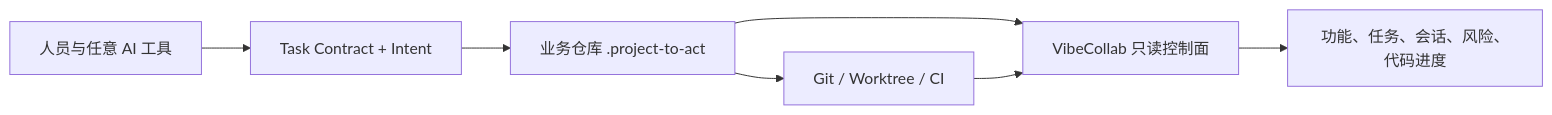
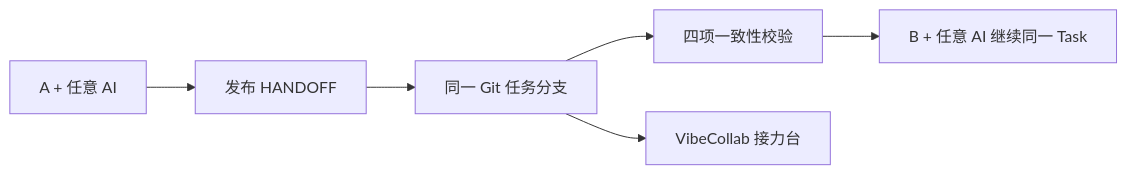
Before and after one commit to redmaplewww/vibecollab: the diagram in README.md, drawn with Mermaid. The commit also changed other lines of this file and 45 other files, not shown here.

Commit message:
feat: add verified single-task handoff

````diff
--- a/README.md
+++ b/README.md
@@ -31,9 +35,8 @@
 ```mermaid
 flowchart LR
-  H["人员与任意 AI 工具"] --> T["Task Contract + Intent"]
-  T --> R["业务仓库 .project-to-act"]
-  R --> G["Git / Worktree / CI"]
-  R --> V["VibeCollab 只读控制面"]
-  G --> V
-  V --> D["功能、任务、会话、风险、代码进度"]
+  A["A + 任意 AI"] --> P["发布 HANDOFF"]
+  P --> G["同一 Git 任务分支"]
+  G --> C["四项一致性校验"]
+  C --> B["B + 任意 AI 继续同一 Task"]
+  G --> V["VibeCollab 接力台"]
 ```
````
